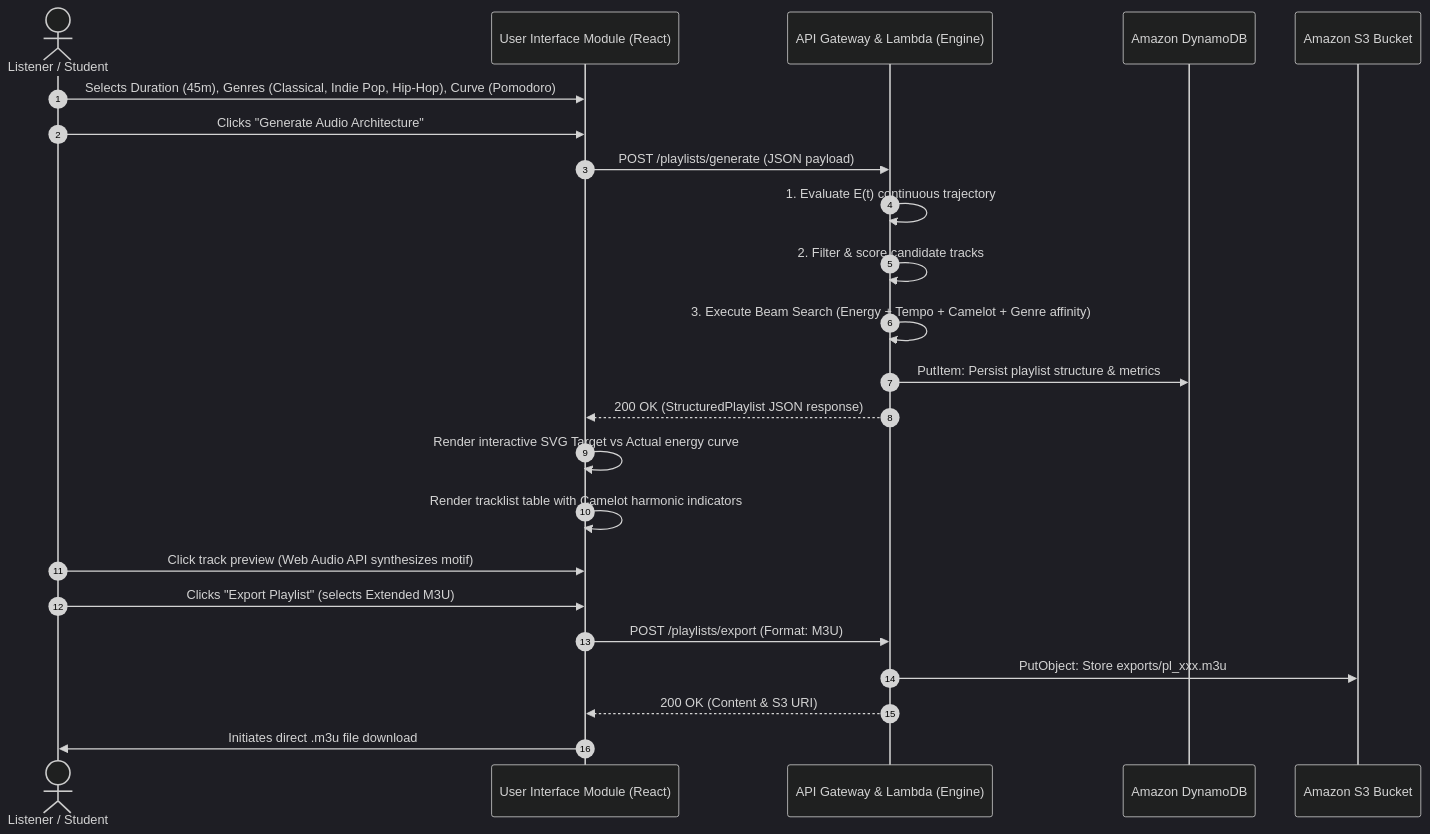
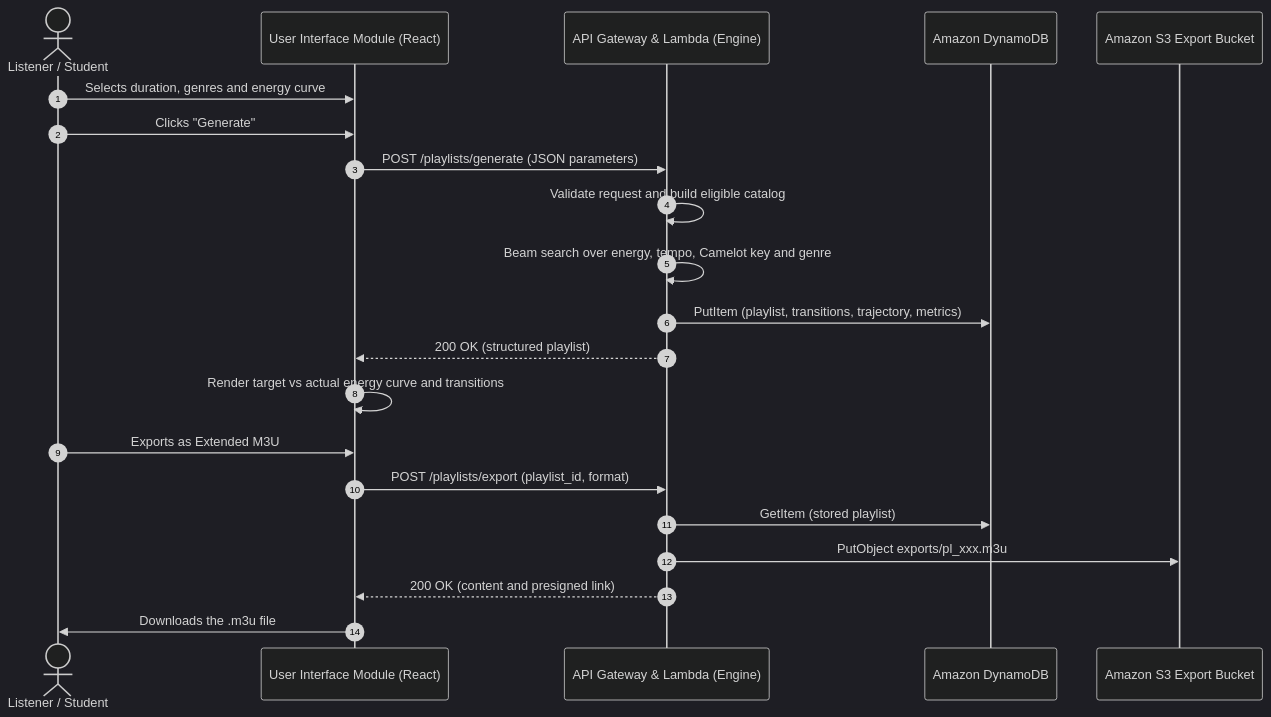
The second of 2 diagrams in docs/TECHNICAL_DESIGN_DOCUMENT.md (DipB3/Audio-Architecture-Playlist-Structuring-API), drawn with Mermaid (dark theme) before and after one commit. The commit also changed other lines of this file and 39 other files, not shown here.

````diff
--- a/docs/TECHNICAL_DESIGN_DOCUMENT.md
+++ b/docs/TECHNICAL_DESIGN_DOCUMENT.md
@@ -97,26 +131,24 @@
 ```mermaid
 sequenceDiagram
     autonumber
     actor User as Listener / Student
     participant UI as User Interface Module (React)
     participant API as API Gateway & Lambda (Engine)
     participant DB as Amazon DynamoDB
-    participant S3 as Amazon S3 Bucket
+    participant S3 as Amazon S3 Export Bucket
 
-    User->>UI: Selects Duration (45m), Genres (Classical, Indie Pop, Hip-Hop), Curve (Pomodoro)
-    User->>UI: Clicks "Generate Audio Architecture"
-    UI->>API: POST /playlists/generate (JSON payload)
-    API->>API: 1. Evaluate E(t) continuous trajectory
-    API->>API: 2. Filter & score candidate tracks
-    API->>API: 3. Execute Beam Search (Energy + Tempo + Camelot + Genre affinity)
-    API->>DB: PutItem: Persist playlist structure & metrics
-    API-->>UI: 200 OK (StructuredPlaylist JSON response)
-    UI->>UI: Render interactive SVG Target vs Actual energy curve
-    UI->>UI: Render tracklist table with Camelot harmonic indicators
-    User->>UI: Click track preview (Web Audio API synthesizes motif)
-    User->>UI: Clicks "Export Playlist" (selects Extended M3U)
-    UI->>API: POST /playlists/export (Format: M3U)
-    API->>S3: PutObject: Store exports/pl_xxx.m3u
-    API-->>UI: 200 OK (Content & S3 URI)
-    UI->>User: Initiates direct .m3u file download
+    User->>UI: Selects duration, genres and energy curve
+    User->>UI: Clicks "Generate"
+    UI->>API: POST /playlists/generate (JSON parameters)
+    API->>API: Validate request and build eligible catalog
+    API->>API: Beam search over energy, tempo, Camelot key and genre
+    API->>DB: PutItem (playlist, transitions, trajectory, metrics)
+    API-->>UI: 200 OK (structured playlist)
+    UI->>UI: Render target vs actual energy curve and transitions
+    User->>UI: Exports as Extended M3U
+    UI->>API: POST /playlists/export (playlist_id, format)
+    API->>DB: GetItem (stored playlist)
+    API->>S3: PutObject exports/pl_xxx.m3u
+    API-->>UI: 200 OK (content and presigned link)
+    UI->>User: Downloads the .m3u file
 ```
````
